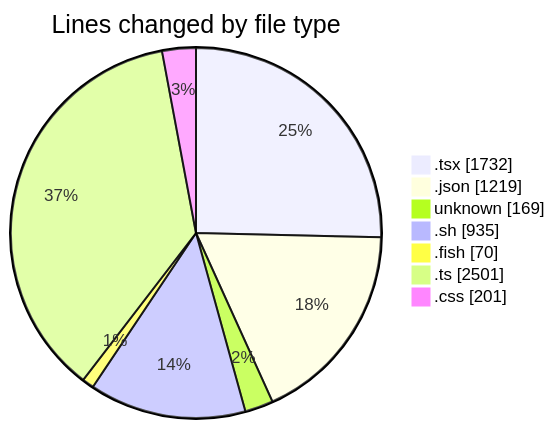
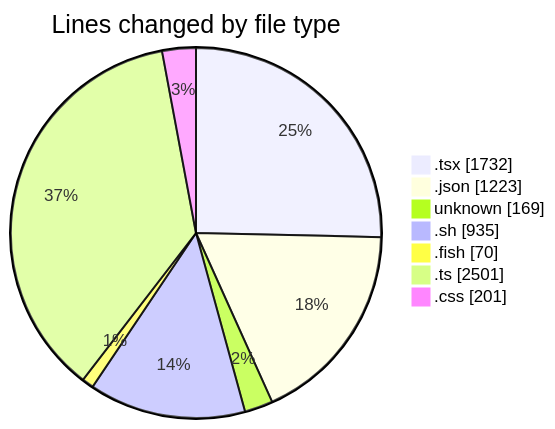
Before and after one commit to EIIisD/code-tracking: the first of 2 diagrams in 2025-07-17/ribbon/README.md, drawn with Mermaid. The commit also changed other lines of this file and 1 other file, not shown here.

````diff
--- a/2025-07-17/ribbon/README.md
+++ b/2025-07-17/ribbon/README.md
@@ -54,11 +54,11 @@
 ```mermaid
 pie showData
 title Lines changed by file type
 ".tsx" : 1732
-".json" : 1219
+".json" : 1223
 "unknown" : 169
 ".sh" : 935
 ".fish" : 70
 ".ts" : 2501
 ".css" : 201
 ```
````
